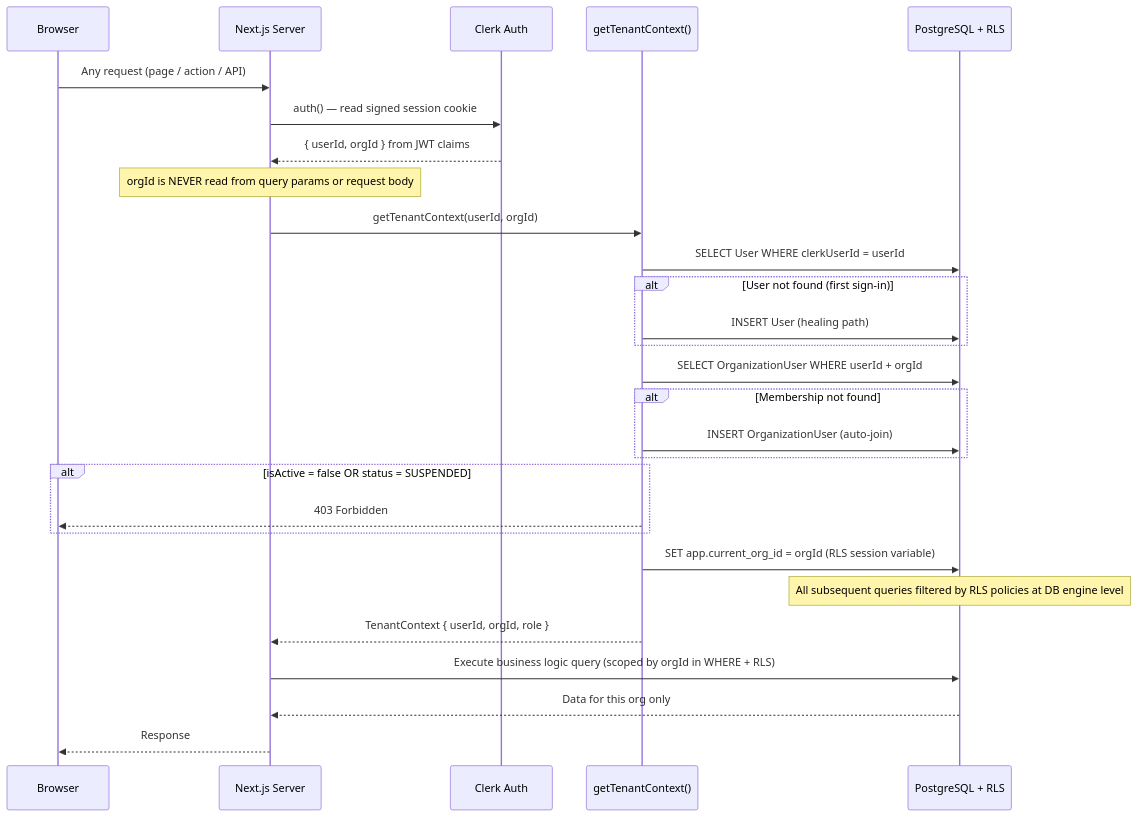
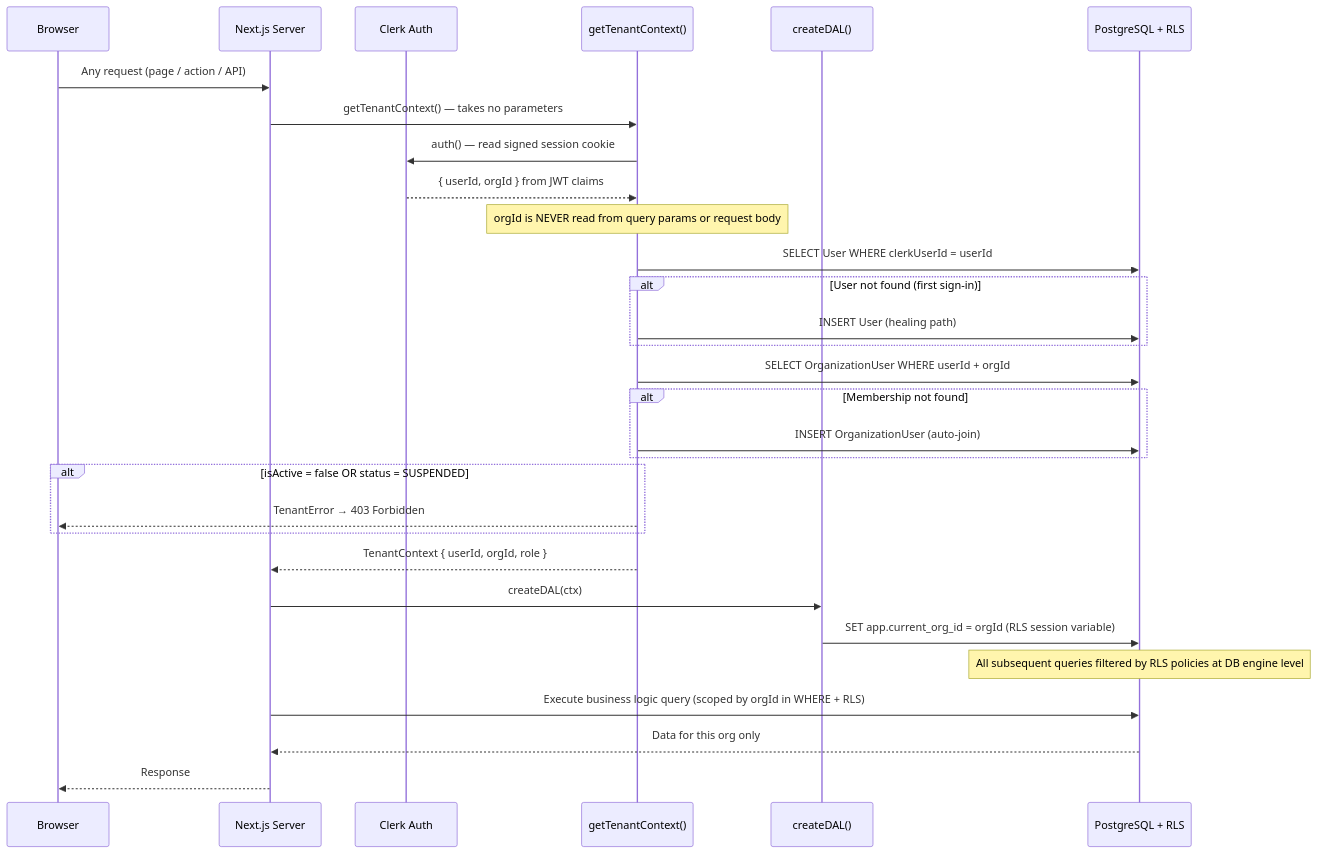
One commit to viraj1011JAIN/Nexus changed the eighth of 9 diagrams in README.md. Above: the diagram before and after it, drawn with Mermaid. The commit also changed other lines of this file, not shown here.

First line of the commit message:
docs: fix README diagram inaccuracies against actual codebase

````diff
--- a/README.md
+++ b/README.md
@@ -2747,31 +2751,33 @@
 ```mermaid
 sequenceDiagram
     participant Browser
     participant NextJS as Next.js Server
     participant Clerk as Clerk Auth
-    participant App as getTenantContext()
+    participant TC as getTenantContext()
+    participant DAL as createDAL()
     participant PG as PostgreSQL + RLS
 
     Browser->>NextJS: Any request (page / action / API)
-    NextJS->>Clerk: auth() — read signed session cookie
-    Clerk-->>NextJS: { userId, orgId } from JWT claims
-    Note over NextJS: orgId is NEVER read from query params or request body
-    NextJS->>App: getTenantContext(userId, orgId)
-    App->>PG: SELECT User WHERE clerkUserId = userId
+    NextJS->>TC: getTenantContext() — takes no parameters
+    TC->>Clerk: auth() — read signed session cookie
+    Clerk-->>TC: { userId, orgId } from JWT claims
+    Note over TC: orgId is NEVER read from query params or request body
+    TC->>PG: SELECT User WHERE clerkUserId = userId
     alt User not found (first sign-in)
-        App->>PG: INSERT User (healing path)
+        TC->>PG: INSERT User (healing path)
     end
-    App->>PG: SELECT OrganizationUser WHERE userId + orgId
+    TC->>PG: SELECT OrganizationUser WHERE userId + orgId
     alt Membership not found
-        App->>PG: INSERT OrganizationUser (auto-join)
+        TC->>PG: INSERT OrganizationUser (auto-join)
     end
     alt isActive = false OR status = SUSPENDED
-        App-->>Browser: 403 Forbidden
+        TC-->>Browser: TenantError → 403 Forbidden
     end
-    App->>PG: SET app.current_org_id = orgId (RLS session variable)
+    TC-->>NextJS: TenantContext { userId, orgId, role }
+    NextJS->>DAL: createDAL(ctx)
+    DAL->>PG: SET app.current_org_id = orgId (RLS session variable)
     Note over PG: All subsequent queries filtered by RLS policies at DB engine level
-    App-->>NextJS: TenantContext { userId, orgId, role }
     NextJS->>PG: Execute business logic query (scoped by orgId in WHERE + RLS)
     PG-->>NextJS: Data for this org only
     NextJS-->>Browser: Response
 ```
````
